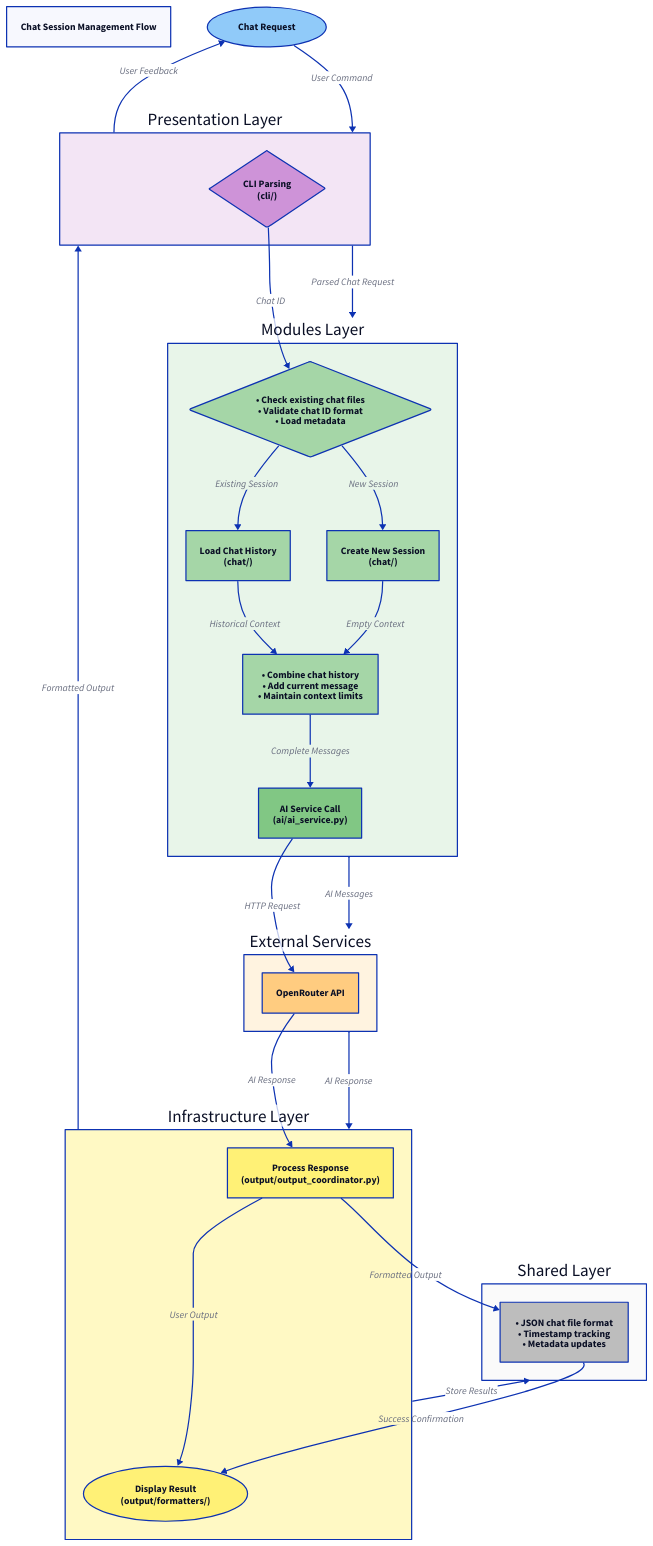
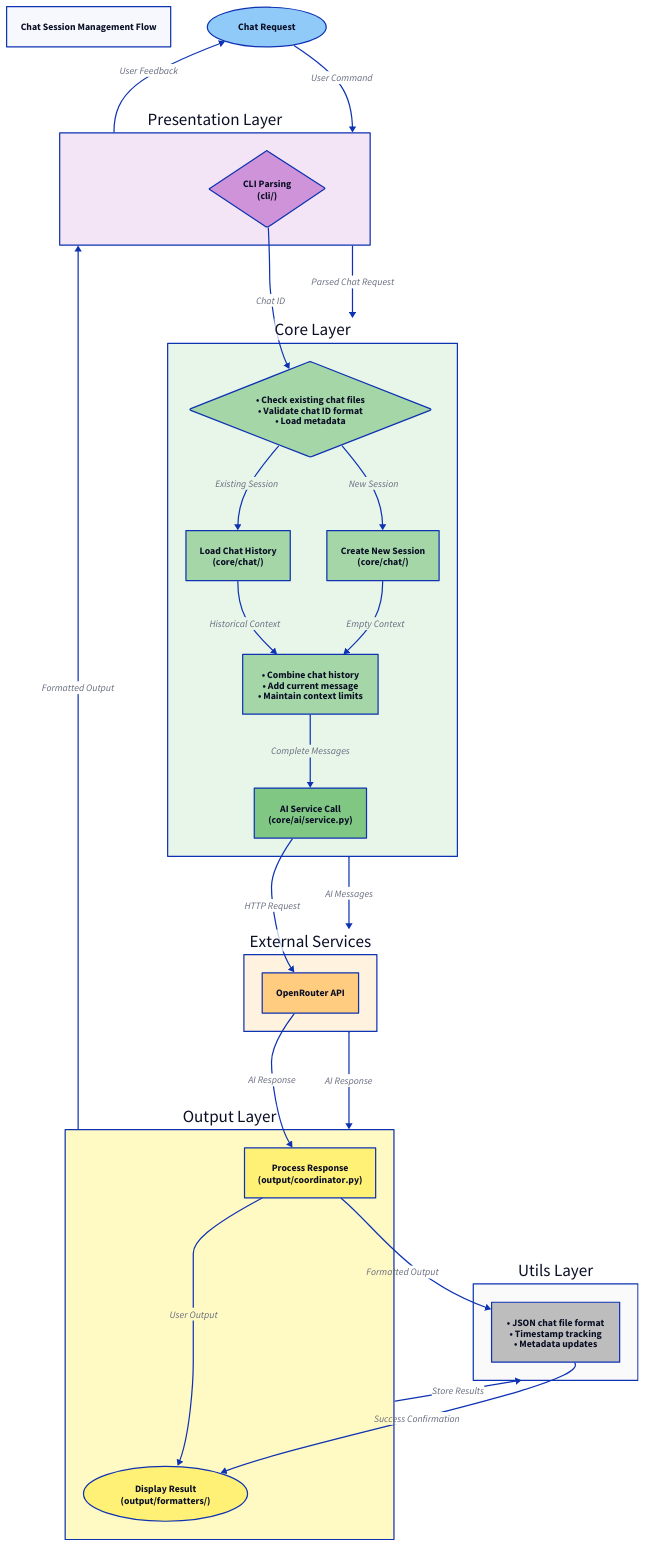
Before and after one commit to ngroegli/askai: the diagram in docs/drawings/chat_flow.d2, drawn with D2. The commit also changed 17 other files, not shown here.

Commit message:
Updated documentation for code path and architecture

```diff
--- a/docs/drawings/chat_flow.d2
+++ b/docs/drawings/chat_flow.d2
@@ -1,122 +1,122 @@
 # AskAI CLI - Chat Session Management Flow (Layered Architecture)
 title: "Chat Session Management Flow"
 
 chat_request: "Chat Request" {
   shape: oval
   style.fill: "#90CAF9" # Light Blue (core app/user)
 }
 
 # Presentation Layer
 presentation: "Presentation Layer" {
   shape: rectangle
   style.fill: "#F3E5F5" # Light Purple background
 
   cli_parse: "CLI Parsing\n(cli/)" {
     shape: diamond
     style.fill: "#CE93D8" # Light Purple (CLI)
   }
 }
 
-# Modules Layer - Chat Management
-modules: "Modules Layer" {
+# Core Layer - Chat Management
+core: "Core Layer" {
   shape: rectangle
   style.fill: "#E8F5E9" # Light Green background
 
-  session_check: "Session Check\n(chat/chat_manager.py)" {
+  session_check: "Session Check\n(core/chat/manager.py)" {
     shape: diamond
     style.fill: "#A5D6A7" # Light Green (data processing)
   }
 
-  new_session: "Create New Session\n(chat/)" {
+  new_session: "Create New Session\n(core/chat/)" {
     shape: rectangle
     style.fill: "#A5D6A7" # Light Green
   }
 
-  load_history: "Load Chat History\n(chat/)" {
+  load_history: "Load Chat History\n(core/chat/)" {
     shape: rectangle
     style.fill: "#A5D6A7" # Light Green
   }
 
-  context_build: "Build Context\n(messaging/builder.py)" {
+  context_build: "Build Context\n(core/messaging/builder.py)" {
     shape: rectangle
     style.fill: "#A5D6A7" # Light Green
   }
 
-  ai_call: "AI Service Call\n(ai/ai_service.py)" {
+  ai_call: "AI Service Call\n(core/ai/service.py)" {
     shape: rectangle
     style.fill: "#81C784" # Slightly different green for AI
   }
 }
 
-# Infrastructure Layer - Output Processing
-infrastructure: "Infrastructure Layer" {
+# Output Layer
+output: "Output Layer" {
   shape: rectangle
   style.fill: "#FFF9C4" # Light Yellow background
 
-  response_process: "Process Response\n(output/output_coordinator.py)" {
+  response_process: "Process Response\n(output/coordinator.py)" {
     shape: rectangle
     style.fill: "#FFF176" # Light Yellow
   }
 
   display_result: "Display Result\n(output/formatters/)" {
     shape: oval
     style.fill: "#FFF176" # Light Yellow
   }
 }
 
-# Shared Layer - Persistence
-shared: "Shared Layer" {
+# Utils Layer - Persistence
+utils: "Utils Layer" {
   shape: rectangle
   style.fill: "#FAFAFA" # Light Gray background
 
-  store_history: "Store in History\n(via chat/ using utils/)" {
+  store_history: "Store in History\n(via core/chat/ using utils/)" {
     shape: rectangle
     style.fill: "#BDBDBD" # Light Gray (infra)
   }
 }
 
 # External Services
 external: "External Services" {
   shape: rectangle
   style.fill: "#FFF3E0" # Light Orange
 
   openrouter: "OpenRouter API" {
     shape: rectangle
     style.fill: "#FFCC80" # Light Orange
   }
 }
 
 # Main flow between layers
 chat_request -> presentation: "User Command"
-presentation -> modules: "Parsed Chat Request"
-modules -> external: "AI Messages"
-external -> infrastructure: "AI Response"
-infrastructure -> shared: "Store Results"
-infrastructure -> presentation: "Formatted Output"
+presentation -> core: "Parsed Chat Request"
+core -> external: "AI Messages"
+external -> output: "AI Response"
+output -> utils: "Store Results"
+output -> presentation: "Formatted Output"
 presentation -> chat_request: "User Feedback"
 
 # Detailed component flow
-presentation.cli_parse -> modules.session_check: "Chat ID"
-modules.session_check -> modules.new_session: "New Session"
-modules.session_check -> modules.load_history: "Existing Session"
-modules.new_session -> modules.context_build: "Empty Context"
-modules.load_history -> modules.context_build: "Historical Context"
-modules.context_build -> modules.ai_call: "Complete Messages"
-modules.ai_call -> external.openrouter: "HTTP Request"
-external.openrouter -> infrastructure.response_process: "AI Response"
-infrastructure.response_process -> shared.store_history: "Formatted Output"
-infrastructure.response_process -> infrastructure.display_result: "User Output"
-shared.store_history -> infrastructure.display_result: "Success Confirmation"
+presentation.cli_parse -> core.session_check: "Chat ID"
+core.session_check -> core.new_session: "New Session"
+core.session_check -> core.load_history: "Existing Session"
+core.new_session -> core.context_build: "Empty Context"
+core.load_history -> core.context_build: "Historical Context"
+core.context_build -> core.ai_call: "Complete Messages"
+core.ai_call -> external.openrouter: "HTTP Request"
+external.openrouter -> output.response_process: "AI Response"
+output.response_process -> utils.store_history: "Formatted Output"
+output.response_process -> output.display_result: "User Output"
+utils.store_history -> output.display_result: "Success Confirmation"
 
 # Chat Management Details
-modules.session_check: {
+core.session_check: {
   label: "• Check existing chat files\n• Validate chat ID format\n• Load metadata"
 }
 
-modules.context_build: {
+core.context_build: {
   label: "• Combine chat history\n• Add current message\n• Maintain context limits"
 }
 
-shared.store_history: {
+utils.store_history: {
   label: "• JSON chat file format\n• Timestamp tracking\n• Metadata updates"
 }
```
